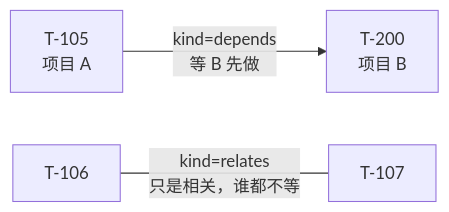
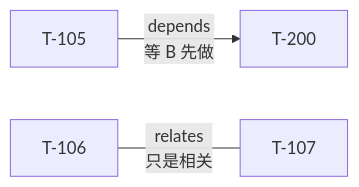
One commit to hairyf/dsh-nexus changed the fourth of 21 diagrams in docs/flow.md. Above: the diagram before and after it, drawn with Mermaid. The commit also changed other lines of this file and 9 other files, not shown here.

````diff
--- a/docs/flow.md
+++ b/docs/flow.md
@@ -155,5 +127,5 @@
 ```mermaid
 flowchart LR
-    A["T-105<br/>项目 A"] -->|"kind=depends<br/>等 B 先做"| B["T-200<br/>项目 B"]
-    C["T-106"] ---|"kind=relates<br/>只是相关，谁都不等"| D["T-107"]
+    A["T-105"] -->|"depends<br/>等 B 先做"| B["T-200"]
+    C["T-106"] ---|"relates<br/>只是相关"| D["T-107"]
 ```
````
